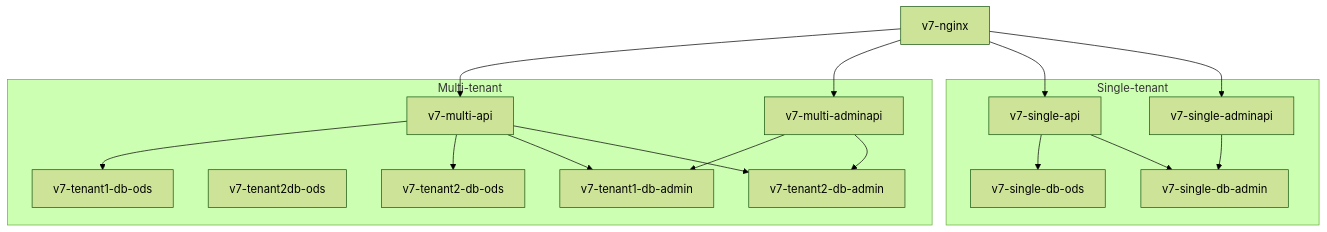
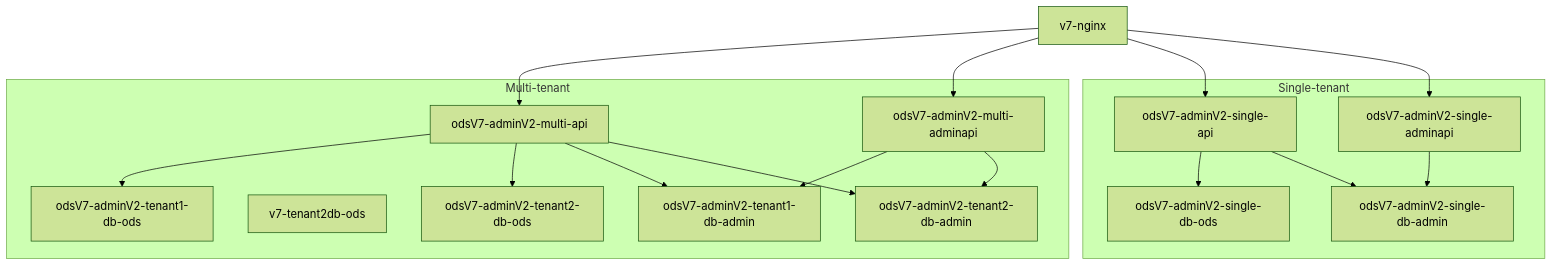
Before and after one commit to Ed-Fi-Alliance-OSS/Ed-Fi-AdminApp: the second of 4 diagrams in compose/readme.md, drawn with Mermaid (forest theme). The commit also changed other lines of this file and 11 other files, not shown here.

````diff
--- a/compose/readme.md
+++ b/compose/readme.md
@@ -28,30 +28,30 @@
 ```mermaid
 graph TD
     subgraph Multi-tenant
-        v7-tenant1-db-ods
+        odsV7-adminV2-tenant1-db-ods
         v7-tenant2db-ods
-        v7-tenant1-db-admin
-        v7-tenant2-db-admin
-        v7-multi-api --> v7-tenant1-db-ods
-        v7-multi-api --> v7-tenant2-db-ods
-        v7-multi-api --> v7-tenant1-db-admin
-        v7-multi-api --> v7-tenant2-db-admin
-        v7-multi-adminapi --> v7-tenant1-db-admin
-        v7-multi-adminapi --> v7-tenant2-db-admin
+        odsV7-adminV2-tenant1-db-admin
+        odsV7-adminV2-tenant2-db-admin
+        odsV7-adminV2-multi-api --> odsV7-adminV2-tenant1-db-ods
+        odsV7-adminV2-multi-api --> odsV7-adminV2-tenant2-db-ods
+        odsV7-adminV2-multi-api --> odsV7-adminV2-tenant1-db-admin
+        odsV7-adminV2-multi-api --> odsV7-adminV2-tenant2-db-admin
+        odsV7-adminV2-multi-adminapi --> odsV7-adminV2-tenant1-db-admin
+        odsV7-adminV2-multi-adminapi --> odsV7-adminV2-tenant2-db-admin
     end
 
     subgraph Single-tenant
-        v7-single-db-ods
-        v7-single-db-admin
-        v7-single-api
-        v7-single-api --> v7-single-db-ods
-        v7-single-api --> v7-single-db-admin
-        v7-single-adminapi --> v7-single-db-admin
+        odsV7-adminV2-single-db-ods
+        odsV7-adminV2-single-db-admin
+        odsV7-adminV2-single-api
+        odsV7-adminV2-single-api --> odsV7-adminV2-single-db-ods
+        odsV7-adminV2-single-api --> odsV7-adminV2-single-db-admin
+        odsV7-adminV2-single-adminapi --> odsV7-adminV2-single-db-admin
     end
 
-  v7-nginx --> v7-multi-api
-  v7-nginx --> v7-multi-adminapi
+  v7-nginx --> odsV7-adminV2-multi-api
+  v7-nginx --> odsV7-adminV2-multi-adminapi
 
-  v7-nginx --> v7-single-api
-  v7-nginx --> v7-single-adminapi
+  v7-nginx --> odsV7-adminV2-single-api
+  v7-nginx --> odsV7-adminV2-single-adminapi
 ```
````
